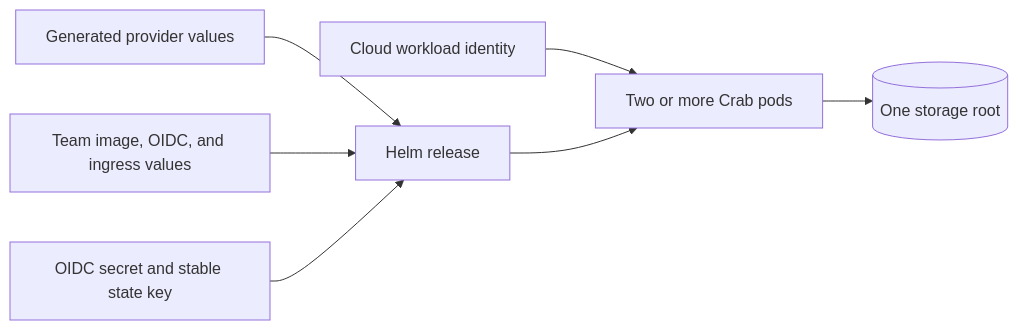
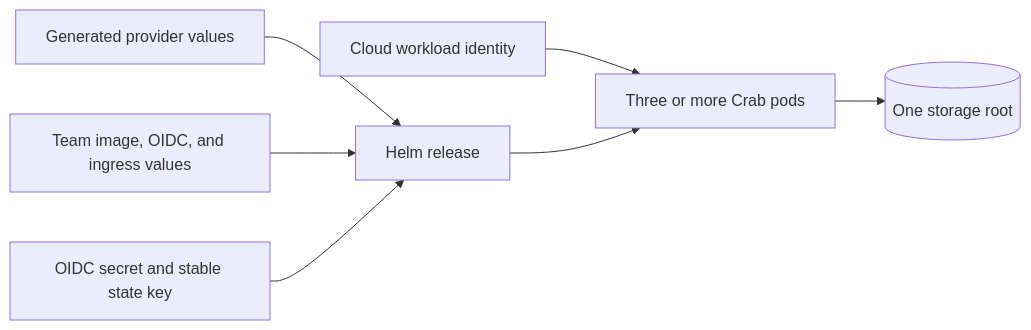
The third of 3 diagrams in crates/crab-http-server/deploy/README.md (crabbuild/crab), drawn with Mermaid before and after one commit. The commit also changed 25 other files, not shown here.

````diff
--- a/crates/crab-http-server/deploy/README.md
+++ b/crates/crab-http-server/deploy/README.md
@@ -161,9 +161,9 @@
 ```mermaid
 flowchart LR
     Provider[Generated provider values] --> Helm[Helm release]
     Team[Team image, OIDC, and ingress values] --> Helm
     Secret[OIDC secret and stable state key] --> Helm
-    Identity[Cloud workload identity] --> Pods[Two or more Crab pods]
+    Identity[Cloud workload identity] --> Pods[Three or more Crab pods]
     Helm --> Pods
     Pods --> Root[(One storage root)]
 ```
````
